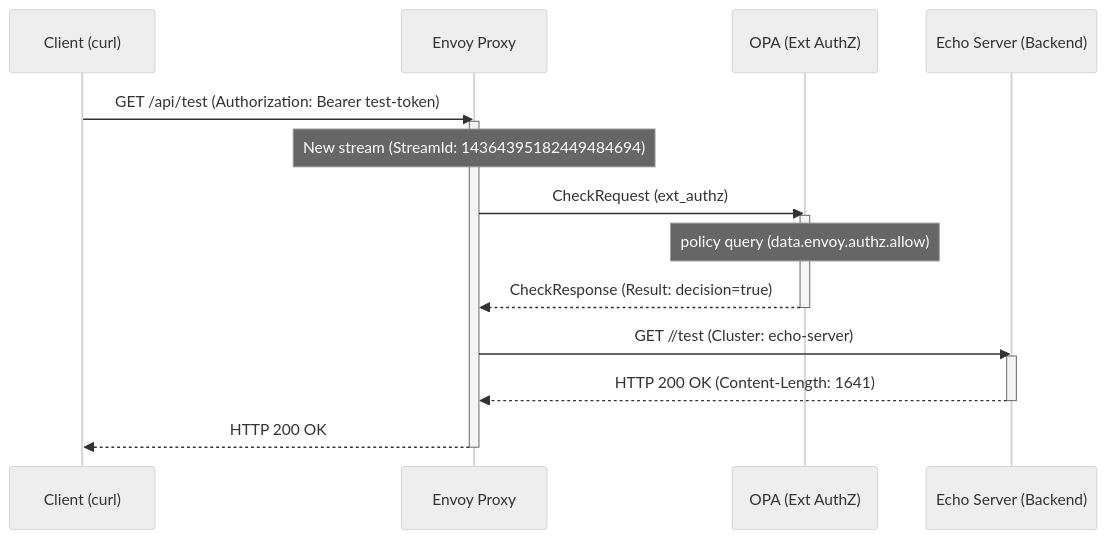
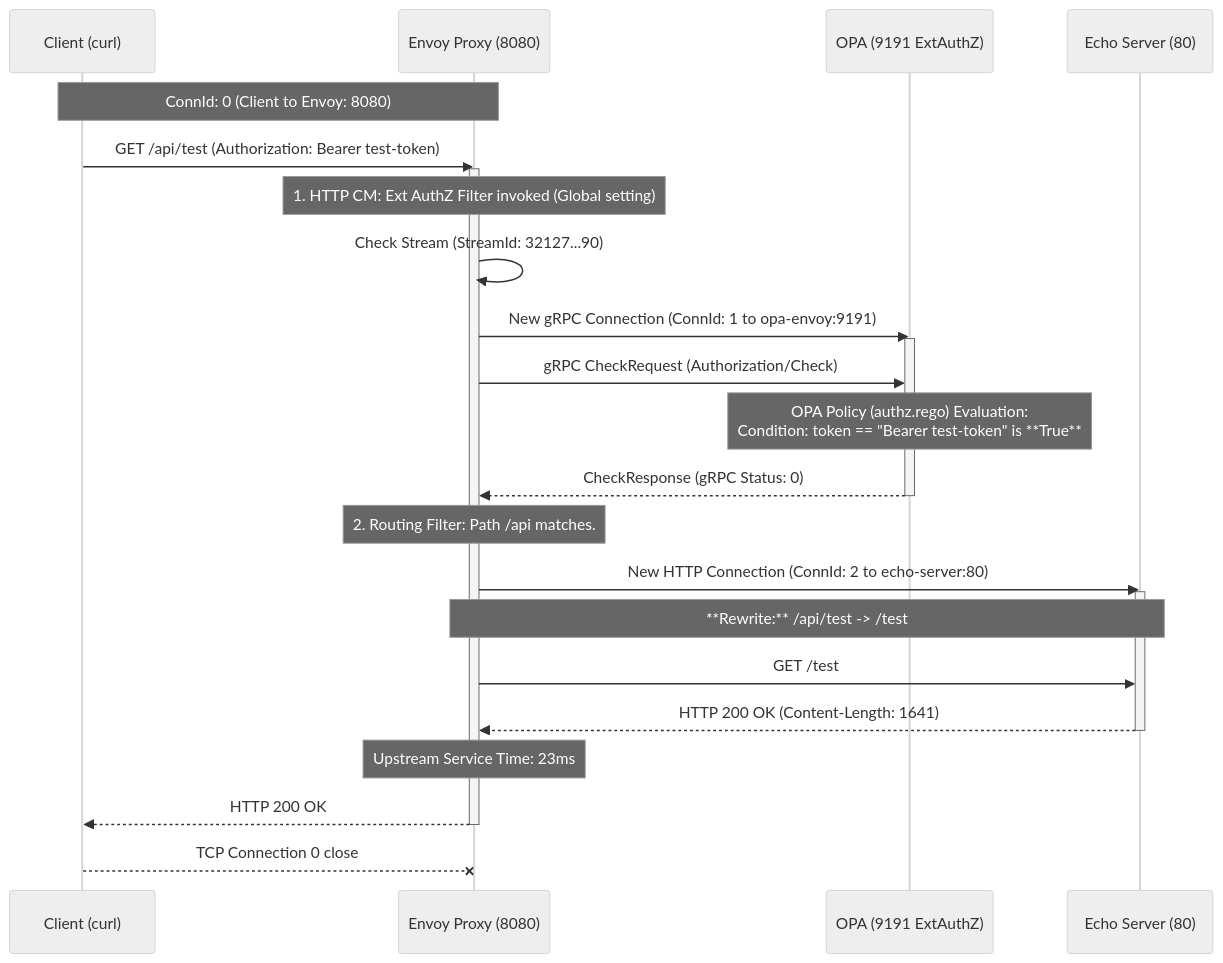
The diagram in README.md (kanywst/envoy-external-authorization-filter-simple), drawn with Mermaid (neutral theme) before and after one commit. The commit also changed 1 other file, not shown here.

Commit message:
We updated the contents of README.md and ext-authz-opa-log.md to clarify connection details and request flow information. Specifically, we added information regarding the connection between Envoy Proxy and OPA and improved the sequence diagrams.

````diff
--- a/README.md
+++ b/README.md
@@ -36,22 +36,37 @@
 ```mermaid
 sequenceDiagram
     participant C as Client (curl)
-    participant E as Envoy Proxy
-    participant O as OPA (Ext AuthZ)
-    participant S as Echo Server (Backend)
+    participant E as Envoy Proxy (8080)
+    participant O as OPA (9191 ExtAuthZ)
+    participant S as Echo Server (80)
 
+    Note over C,E: ConnId: 0 (Client to Envoy: 8080)
     C->>E: GET /api/test (Authorization: Bearer test-token)
     activate E
-    Note over E: New stream (StreamId: 14364395182449484694)
-    E->>O: CheckRequest (ext_authz)
+    Note over E: 1. HTTP CM: Ext AuthZ Filter invoked (Global setting)
+    
+    %% OPA CheckRequest
+    E->>E: Check Stream (StreamId: 32127...90)
+    E->>O: New gRPC Connection (ConnId: 1 to opa-envoy:9191)
     activate O
-    Note over O: policy query (data.envoy.authz.allow)
-    O-->>E: CheckResponse (Result: decision=true)
+    E->>O: gRPC CheckRequest (Authorization/Check)
+    Note over O: OPA Policy (authz.rego) Evaluation:<br>Condition: token == "Bearer test-token" is **True**
+    O-->>E: CheckResponse (gRPC Status: 0)
     deactivate O
-    E->>S: GET //test (Cluster: echo-server)
+    Note over E: 2. Routing Filter: Path /api matches.
+    
+    %% Echo Server Request
+    E->>S: New HTTP Connection (ConnId: 2 to echo-server:80)
     activate S
+    Note over E,S: **Rewrite:** /api/test -> /test
+    E->>S: GET /test
+    
     S-->>E: HTTP 200 OK (Content-Length: 1641)
     deactivate S
+    Note over E: Upstream Service Time: 23ms
+    
+    %% Final Response
     E-->>C: HTTP 200 OK
     deactivate E
+    C--x E: TCP Connection 0 close
 ```
````
